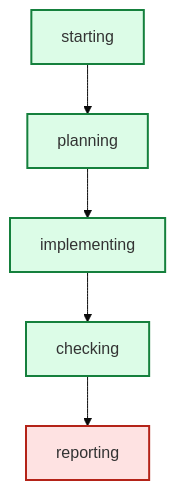
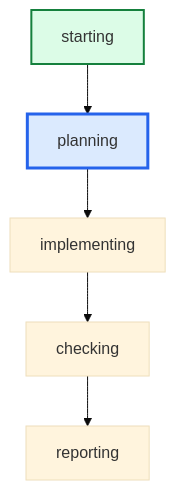
The diagram in runs/req-136-padding-closable-panels-close-button/graph.mmd (daniell0gda/hermes-feature-check-dashboard), drawn with Mermaid (base theme) before and after one commit. The commit also changed 31 other files, not shown here.

```diff
--- a/runs/req-136-padding-closable-panels-close-button/graph.mmd
+++ b/runs/req-136-padding-closable-panels-close-button/graph.mmd
@@ -1,14 +1,11 @@
 graph TD
     starting --> planning
     planning --> implementing
     implementing --> checking
     checking --> reporting
 
 classDef done fill:#dcfce7,stroke:#15803d,stroke-width:2px;
 classDef active fill:#dbeafe,stroke:#2563eb,stroke-width:3px;
 classDef failed fill:#fee2e2,stroke:#b42318,stroke-width:2px;
-class implementing done;
-class checking done;
-class planning done;
+class planning active;
 class starting done;
-class reporting failed;
```
